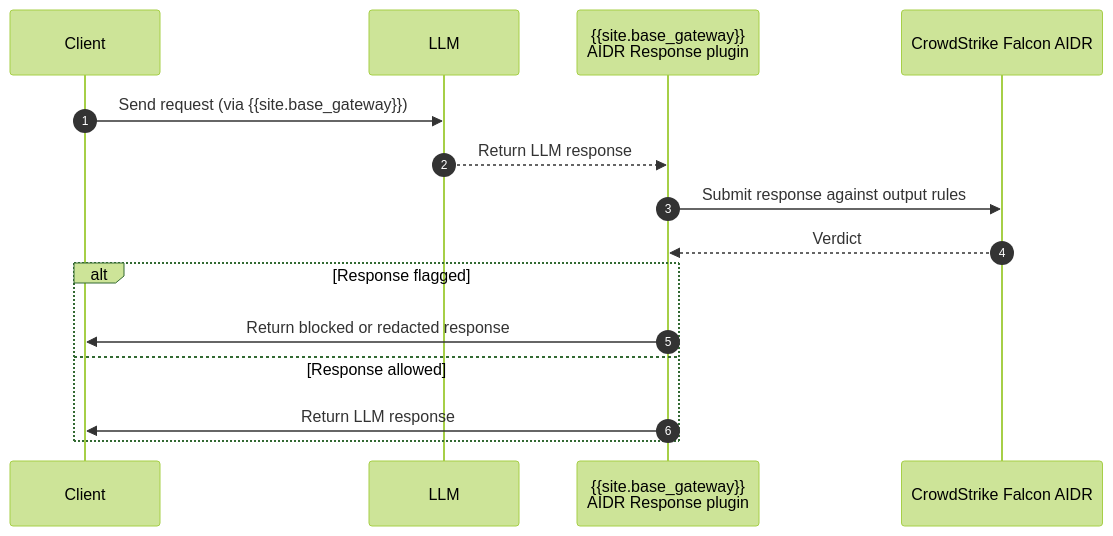
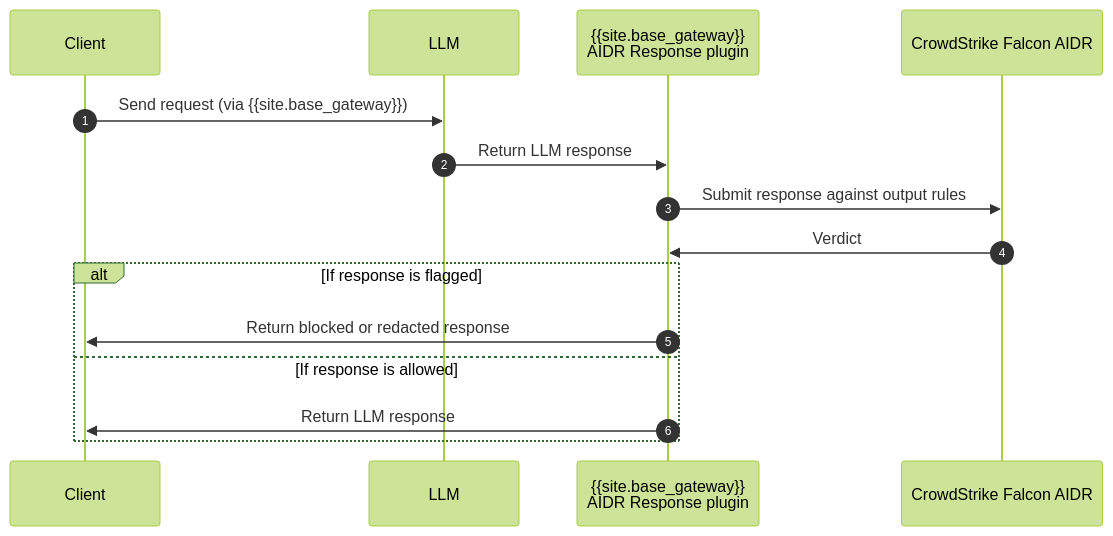
Before and after one commit to Kong/developer.konghq.com: the diagram in app/_kong_plugins/crowdstrike-aidr-response/index.md, drawn with Mermaid (forest theme). The commit also changed other lines of this file and 2 other files, not shown here.

Commit message:
improve diagrams + add captions, apply reviewer feedback

```diff
--- a/app/_kong_plugins/crowdstrike-aidr-response/index.md
+++ b/app/_kong_plugins/crowdstrike-aidr-response/index.md
@@ -62,19 +62,19 @@
 {% mermaid %}
 sequenceDiagram
 autonumber
     participant Client
     participant LLM
     participant Plugin as {{site.base_gateway}}<br/>AIDR Response plugin
     participant AIDR as CrowdStrike Falcon AIDR
 
     Client->>LLM: Send request (via {{site.base_gateway}})
-    LLM-->>Plugin: Return LLM response
+    LLM->>Plugin: Return LLM response
     Plugin->>AIDR: Submit response against output rules
-    AIDR-->>Plugin: Verdict
+    AIDR->>Plugin: Verdict
 
-    alt Response flagged
+    alt If response is flagged
         Plugin->>Client: Return blocked or redacted response
-    else Response allowed
+    else If response is allowed
         Plugin->>Client: Return LLM response
     end
 {% endmermaid %}
```
